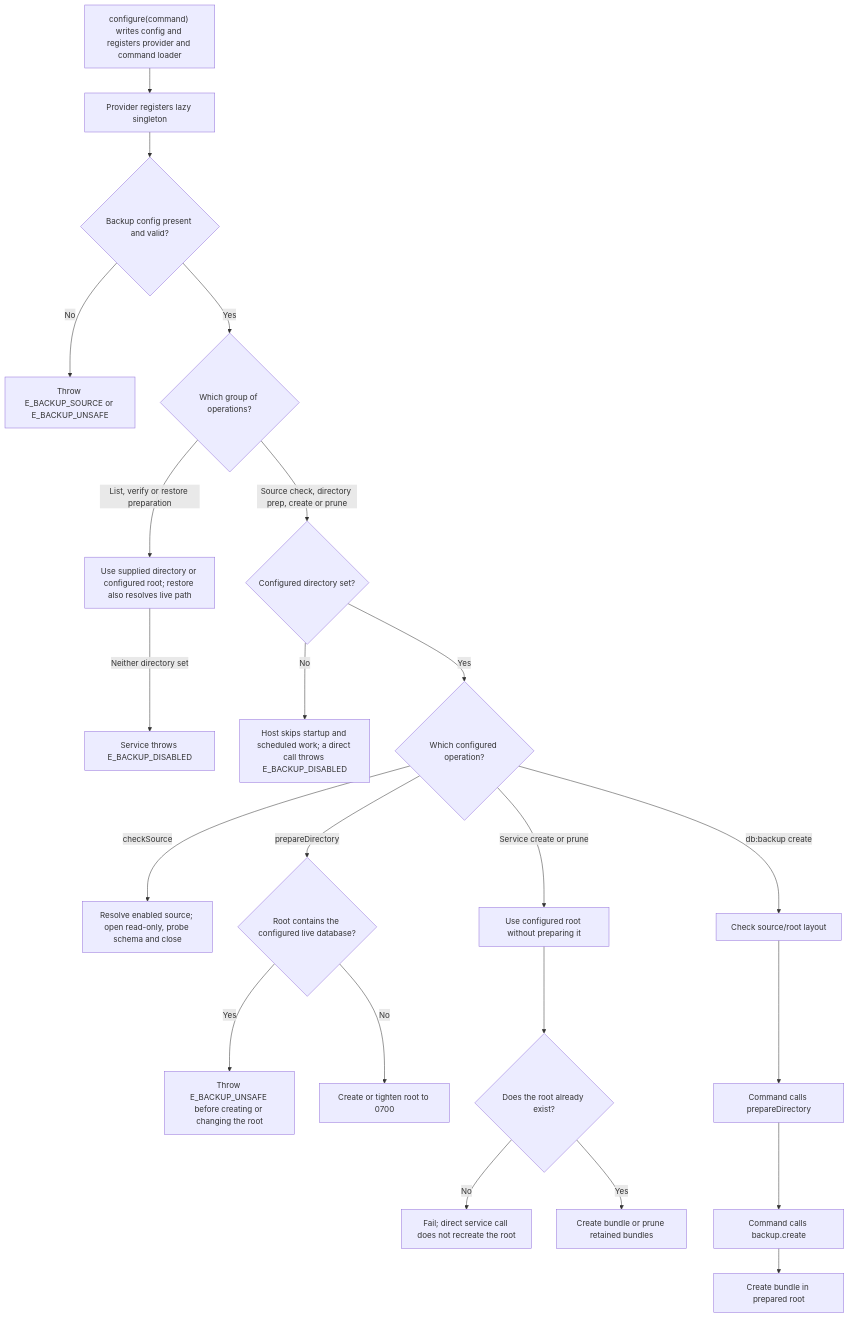
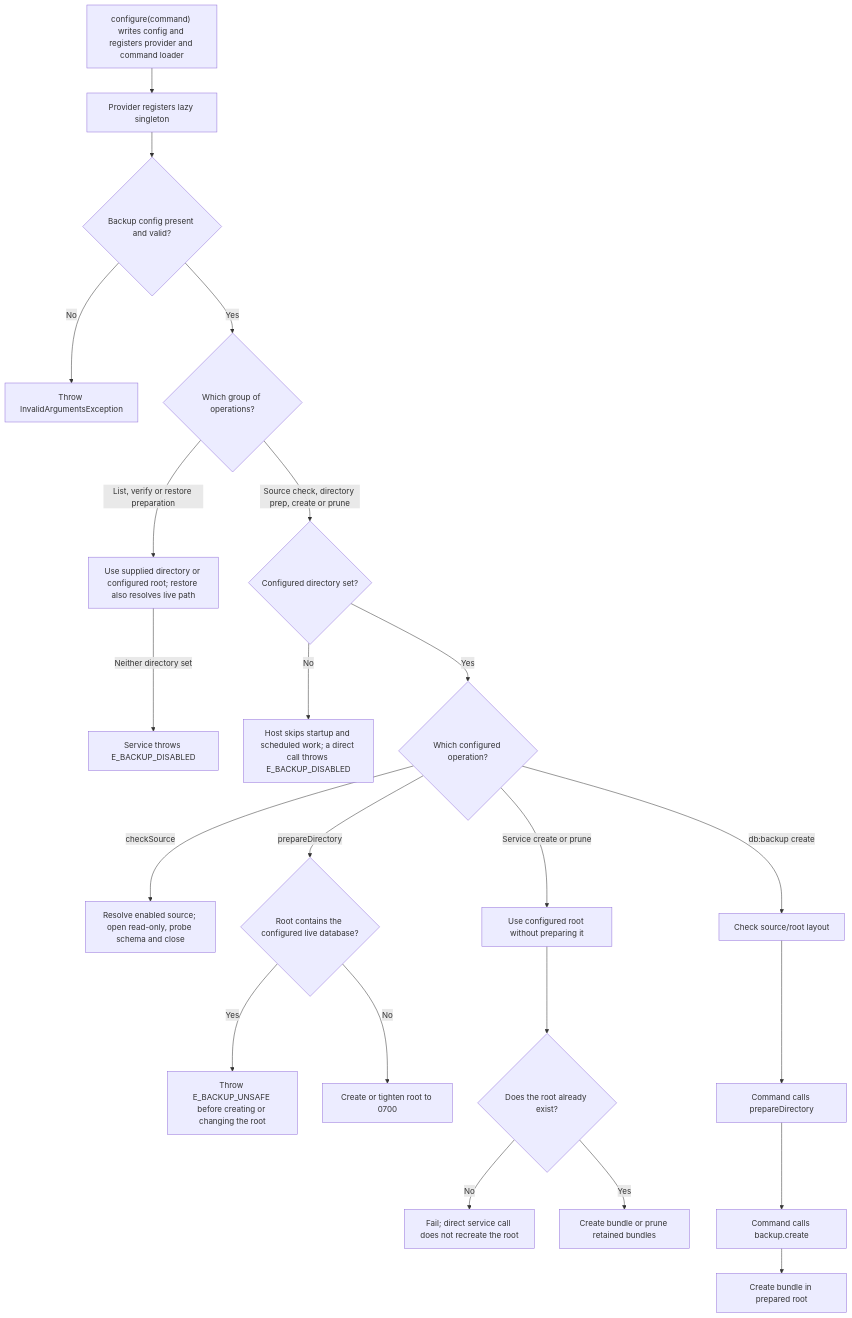
One commit to Kevinjohn/oss-adonisjs-sqlite-backup changed the second of 2 diagrams in user-stories/setup/us-setup-01-configure-backups.md. Above: the diagram before and after it, drawn with Mermaid. The commit also changed other lines of this file and 35 other files, not shown here.

````diff
--- a/user-stories/setup/us-setup-01-configure-backups.md
+++ b/user-stories/setup/us-setup-01-configure-backups.md
@@ -48,24 +48,24 @@
 ```mermaid
 flowchart TD
     A["configure(command) writes config and registers provider and command loader"] --> B["Provider registers lazy singleton"]
     B --> B1{"Backup config present and valid?"}
-    B1 -->|No| X["Throw E_BACKUP_SOURCE or E_BACKUP_UNSAFE"]
+    B1 -->|No| X["Throw InvalidArgumentsException"]
     B1 -->|Yes| O{"Which group of operations?"}
     O -->|List, verify or restore preparation| R["Use supplied directory or configured root; restore also resolves live path"]
     R -->|Neither directory set| F0["Service throws E_BACKUP_DISABLED"]
     O -->|Source check, directory prep, create or prune| D0{"Configured directory set?"}
     D0 -->|No| F1["Host skips startup and scheduled work; a direct call throws E_BACKUP_DISABLED"]
     D0 -->|Yes| C{"Which configured operation?"}
     C -->|checkSource| S["Resolve enabled source; open read-only, probe schema and close"]
     C -->|prepareDirectory| P1{"Root contains the configured live database?"}
     P1 -->|Yes| P2["Throw E_BACKUP_UNSAFE before creating or changing the root"]
     P1 -->|No| P["Create or tighten root to 0700"]
     C -->|Service create or prune| D["Use configured root without preparing it"]
     D --> E{"Does the root already exist?"}
     E -->|No| F["Fail; direct service call does not recreate the root"]
     E -->|Yes| G["Create bundle or prune retained bundles"]
     C -->|db:backup create| H1["Check source/root layout"]
     H1 --> H["Command calls prepareDirectory"]
     H --> I["Command calls backup.create"]
     I --> J["Create bundle in prepared root"]
 ```
````
